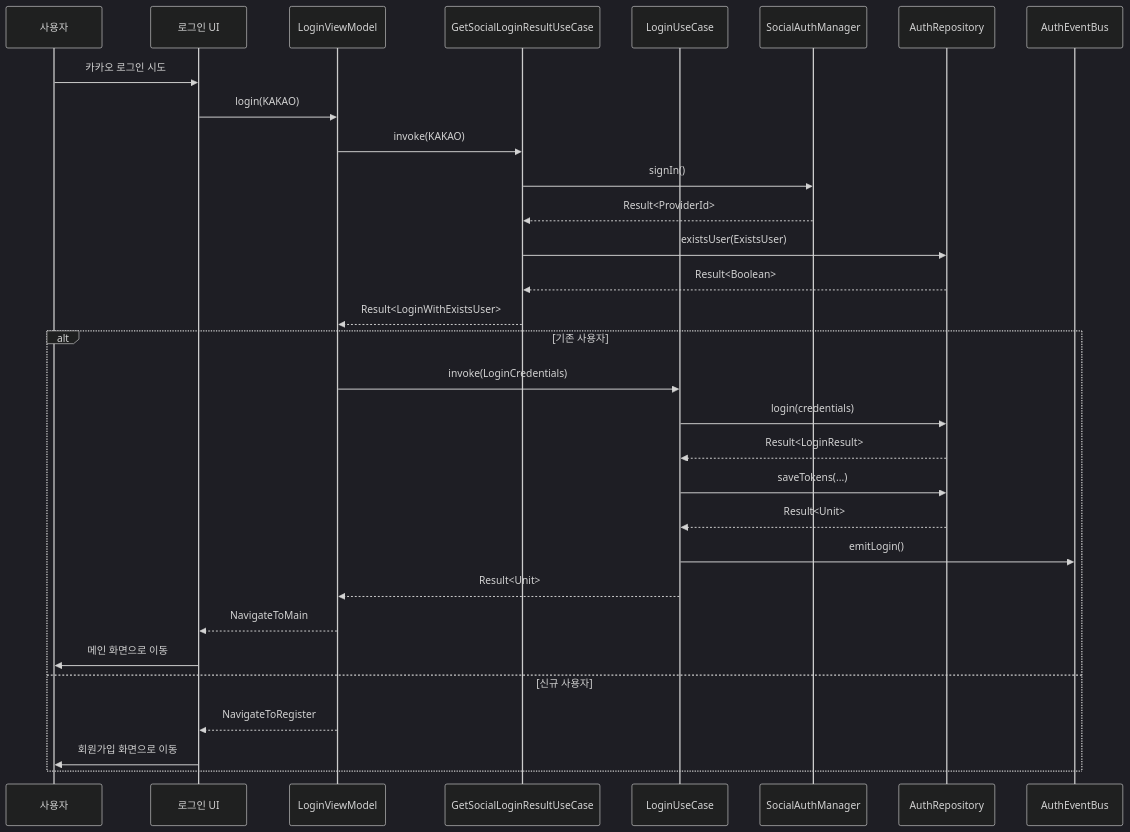
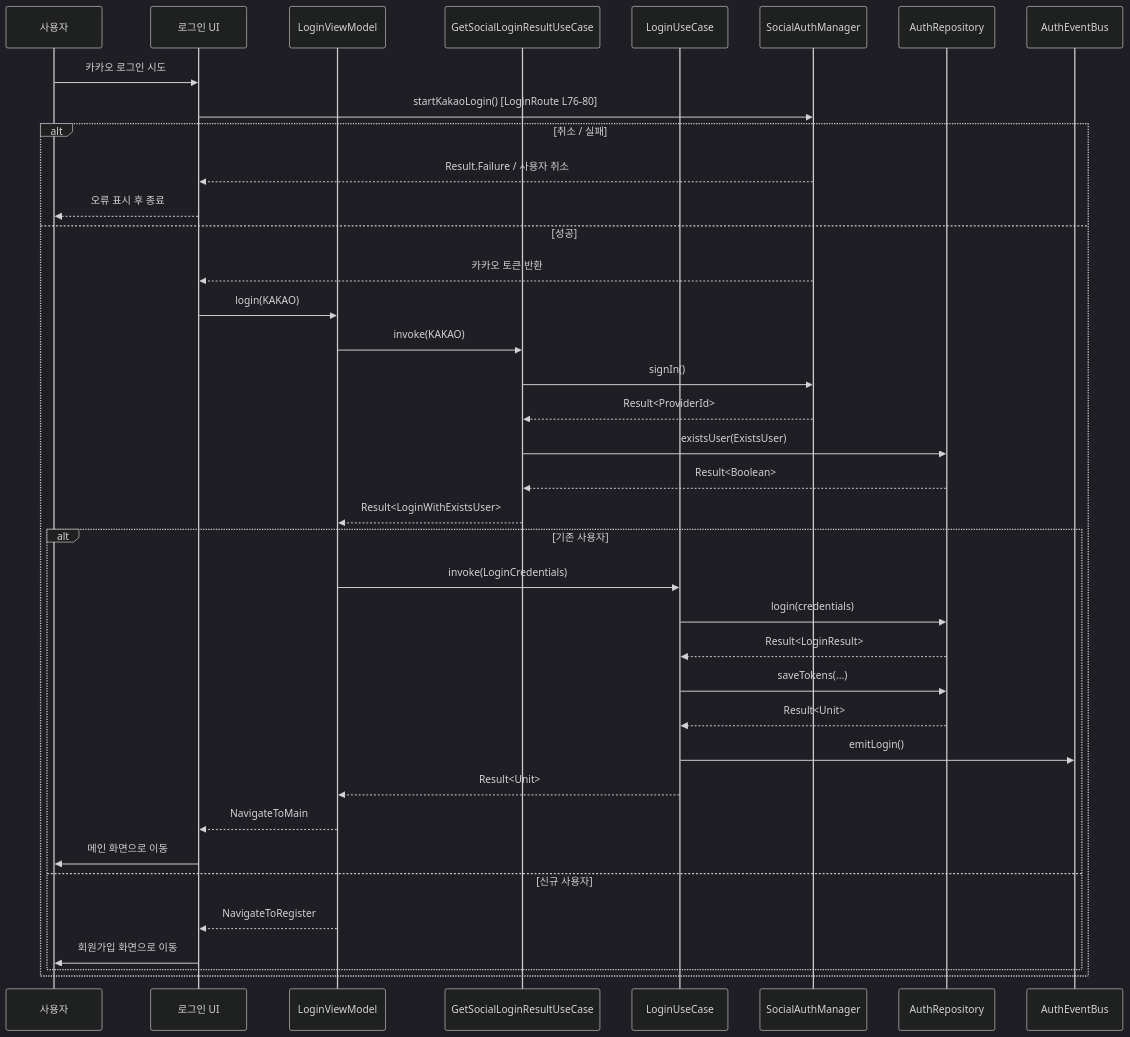
One commit to Turnin-Dev/turnin-android changed the diagram in domain/src/main/java/com/peekr/domain/login/LOGIN_FLOW.md. Above: the diagram before and after it, drawn with Mermaid (dark theme). The commit also changed other lines of this file and 1 other file, not shown here.

Commit message:
[PK-117] refactor: 코드 리뷰 반영
- MainViewModelTest: 정리 작업 개선
- LOGIN_FLOW.md: 보강

````diff
--- a/domain/src/main/java/com/peekr/domain/login/LOGIN_FLOW.md
+++ b/domain/src/main/java/com/peekr/domain/login/LOGIN_FLOW.md
@@ -2,35 +3,43 @@
 ```mermaid
 sequenceDiagram
     participant User as 사용자
     participant LoginUI as 로그인 UI
     participant LoginVM as LoginViewModel
     participant GetSocialLogin as GetSocialLoginResultUseCase
     participant LoginUseCase as LoginUseCase
     participant AuthMgr as SocialAuthManager
     participant AuthRepo as AuthRepository
     participant EventBus as AuthEventBus
 
     User->>LoginUI: 카카오 로그인 시도
-    LoginUI->>LoginVM: login(KAKAO)
-    LoginVM->>GetSocialLogin: invoke(KAKAO)
-    GetSocialLogin->>AuthMgr: signIn()
-    AuthMgr-->>GetSocialLogin: Result<ProviderId>
-    GetSocialLogin->>AuthRepo: existsUser(ExistsUser)
-    AuthRepo-->>GetSocialLogin: Result<Boolean>
-    GetSocialLogin-->>LoginVM: Result<LoginWithExistsUser>
+    LoginUI->>AuthMgr: startKakaoLogin() [LoginRoute L76-80]
 
-    alt 기존 사용자
-        LoginVM->>LoginUseCase: invoke(LoginCredentials)
-        LoginUseCase->>AuthRepo: login(credentials)
-        AuthRepo-->>LoginUseCase: Result<LoginResult>
-        LoginUseCase->>AuthRepo: saveTokens(...)
-        AuthRepo-->>LoginUseCase: Result<Unit>
-        LoginUseCase->>EventBus: emitLogin()
-        LoginUseCase-->>LoginVM: Result<Unit>
-        LoginVM-->>LoginUI: NavigateToMain
-        LoginUI->>User: 메인 화면으로 이동
-    else 신규 사용자
-        LoginVM-->>LoginUI: NavigateToRegister
-        LoginUI->>User: 회원가입 화면으로 이동
+    alt 취소 / 실패
+        AuthMgr-->>LoginUI: Result.Failure / 사용자 취소
+        LoginUI-->>User: 오류 표시 후 종료
+    else 성공
+        AuthMgr-->>LoginUI: 카카오 토큰 반환
+        LoginUI->>LoginVM: login(KAKAO)
+        LoginVM->>GetSocialLogin: invoke(KAKAO)
+        GetSocialLogin->>AuthMgr: signIn()
+        AuthMgr-->>GetSocialLogin: Result<ProviderId>
+        GetSocialLogin->>AuthRepo: existsUser(ExistsUser)
+        AuthRepo-->>GetSocialLogin: Result<Boolean>
+        GetSocialLogin-->>LoginVM: Result<LoginWithExistsUser>
+
+        alt 기존 사용자
+            LoginVM->>LoginUseCase: invoke(LoginCredentials)
+            LoginUseCase->>AuthRepo: login(credentials)
+            AuthRepo-->>LoginUseCase: Result<LoginResult>
+            LoginUseCase->>AuthRepo: saveTokens(...)
+            AuthRepo-->>LoginUseCase: Result<Unit>
+            LoginUseCase->>EventBus: emitLogin()
+            LoginUseCase-->>LoginVM: Result<Unit>
+            LoginVM-->>LoginUI: NavigateToMain
+            LoginUI->>User: 메인 화면으로 이동
+        else 신규 사용자
+            LoginVM-->>LoginUI: NavigateToRegister
+            LoginUI->>User: 회원가입 화면으로 이동
+        end
     end
 ```
````
